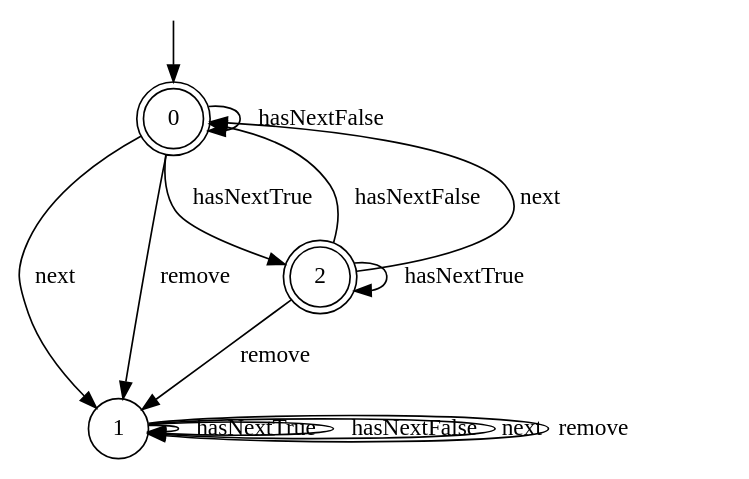
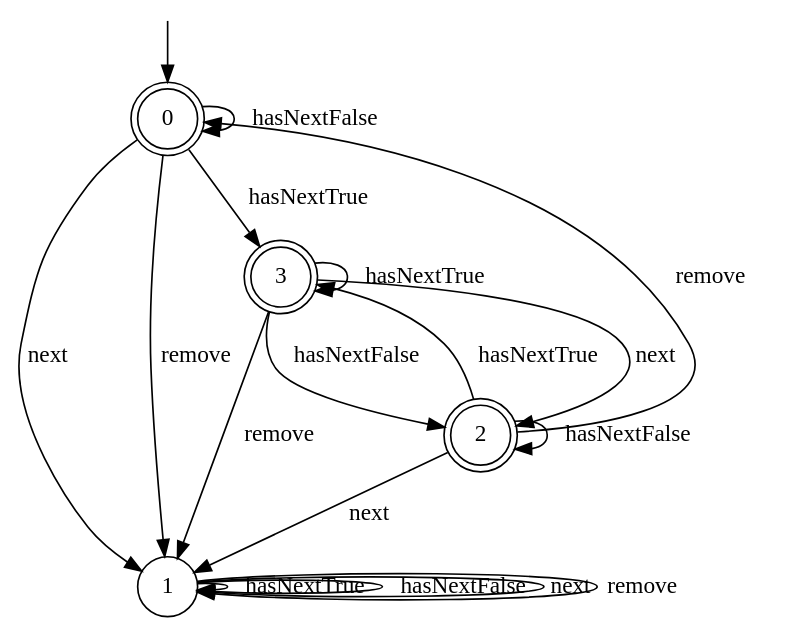
Before and after one commit to rasofema/fyp-specification-miner: the diagram in hyp.dot, drawn with Graphviz. The commit also changed 1 other file, not shown here.

```diff
--- a/hyp.dot
+++ b/hyp.dot
@@ -1,22 +1,27 @@
 digraph g {
 
 	s0 [shape="doublecircle" label="0"];
 	s1 [shape="circle" label="1"];
 	s2 [shape="doublecircle" label="2"];
-	s0 -> s2 [label="hasNextTrue"];
+	s3 [shape="doublecircle" label="3"];
+	s0 -> s3 [label="hasNextTrue"];
 	s0 -> s0 [label="hasNextFalse"];
 	s0 -> s1 [label="next"];
 	s0 -> s1 [label="remove"];
 	s1 -> s1 [label="hasNextTrue"];
 	s1 -> s1 [label="hasNextFalse"];
 	s1 -> s1 [label="next"];
 	s1 -> s1 [label="remove"];
-	s2 -> s2 [label="hasNextTrue"];
-	s2 -> s0 [label="hasNextFalse"];
-	s2 -> s0 [label="next"];
-	s2 -> s1 [label="remove"];
+	s2 -> s3 [label="hasNextTrue"];
+	s2 -> s2 [label="hasNextFalse"];
+	s2 -> s1 [label="next"];
+	s2 -> s0 [label="remove"];
+	s3 -> s3 [label="hasNextTrue"];
+	s3 -> s2 [label="hasNextFalse"];
+	s3 -> s2 [label="next"];
+	s3 -> s1 [label="remove"];
 
 __start0 [label="" shape="none" width="0" height="0"];
 __start0 -> s0;
 
 }
```
